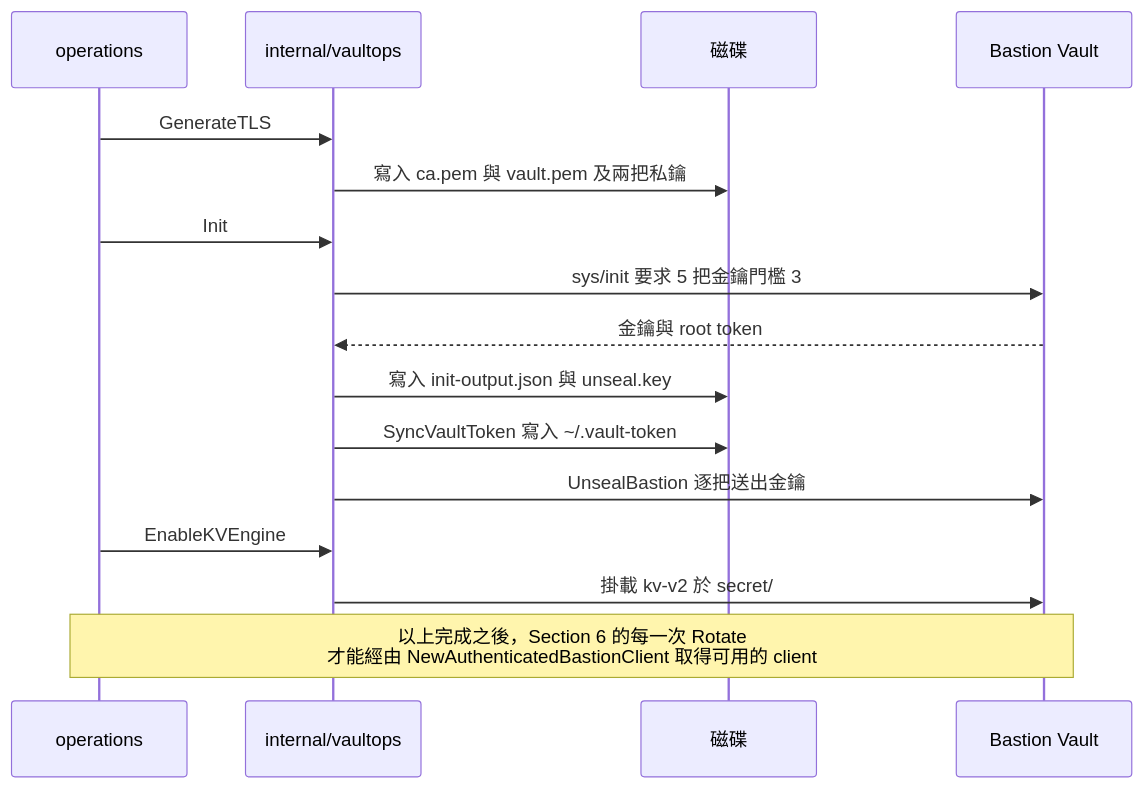
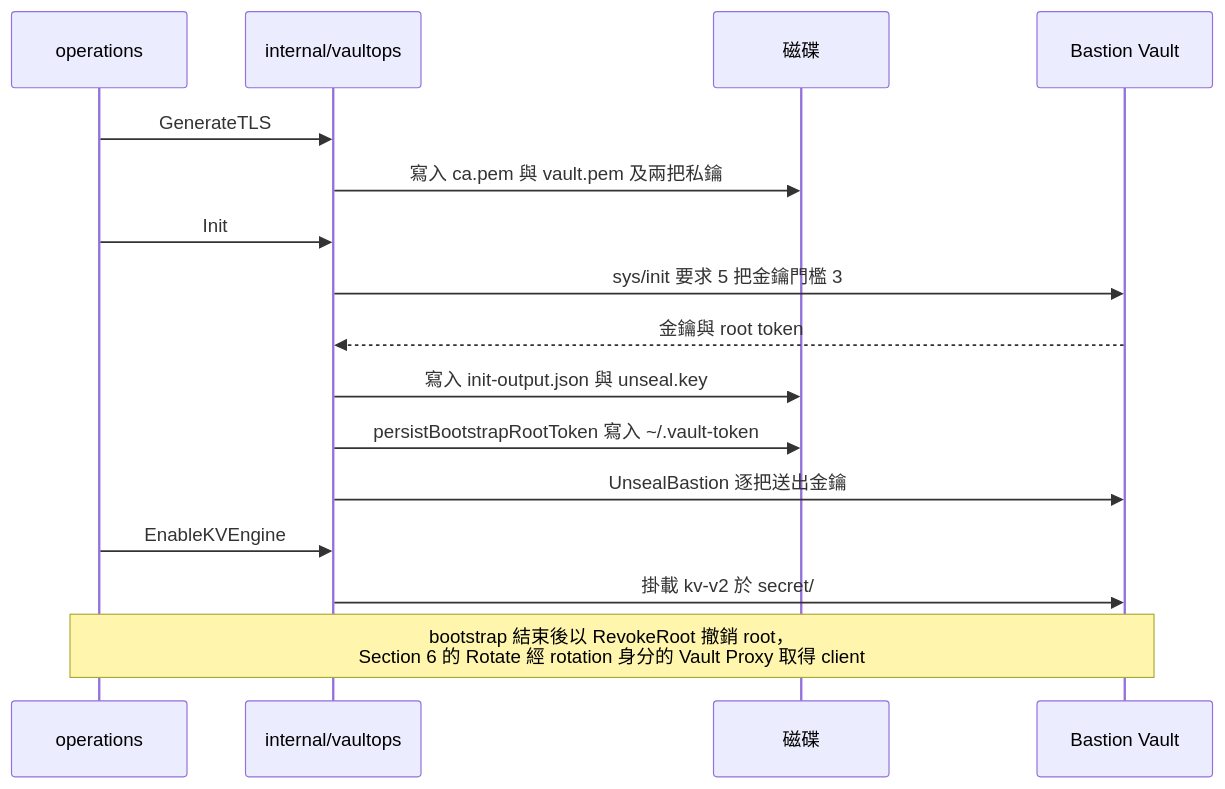
The third of 3 diagrams in tools/governance/README.md (csning1998/parent-group-governance), drawn with Mermaid before and after one commit. The commit also changed other lines of this file and 12 other files, not shown here.

````diff
--- a/tools/governance/README.md
+++ b/tools/governance/README.md
@@ -649,22 +620,22 @@
 ```mermaid
 sequenceDiagram
     participant Op as operations
     participant VaultOps as internal/vaultops
     participant Disk as 磁碟
     participant Vault as Bastion Vault
 
     Op->>VaultOps: GenerateTLS
     VaultOps->>Disk: 寫入 ca.pem 與 vault.pem 及兩把私鑰
 
     Op->>VaultOps: Init
     VaultOps->>Vault: sys/init 要求 5 把金鑰門檻 3
     Vault-->>VaultOps: 金鑰與 root token
     VaultOps->>Disk: 寫入 init-output.json 與 unseal.key
-    VaultOps->>Disk: SyncVaultToken 寫入 ~/.vault-token
+    VaultOps->>Disk: persistBootstrapRootToken 寫入 ~/.vault-token
     VaultOps->>Vault: UnsealBastion 逐把送出金鑰
 
     Op->>VaultOps: EnableKVEngine
     VaultOps->>Vault: 掛載 kv-v2 於 secret/
 
-    Note over Op,Vault: 以上完成之後，Section 6 的每一次 Rotate<br/>才能經由 NewAuthenticatedBastionClient 取得可用的 client
+    Note over Op,Vault: bootstrap 結束後以 RevokeRoot 撤銷 root，<br/>Section 6 的 Rotate 經 rotation 身分的 Vault Proxy 取得 client
 ```
````
